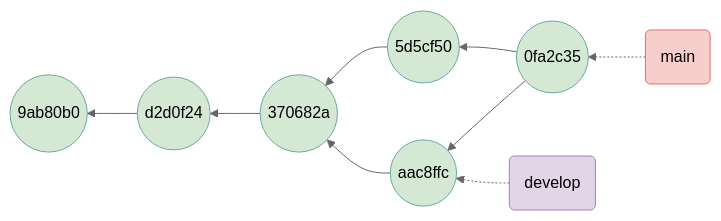
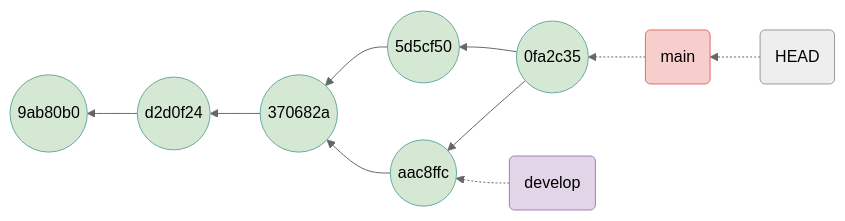
One commit to iobis/sg-12-training changed the eighth of 9 diagrams in git.md. Above: the diagram before and after it, drawn with Mermaid (neutral theme). The commit also changed other lines of this file and 1 other file, not shown here.

````diff
--- a/git.md
+++ b/git.md
@@ -248,25 +321,26 @@
 ```mermaid
 flowchart RL
     1((9ab80b0))
     2((d2d0f24))
     3((370682a))
     4((aac8ffc))
     5((5d5cf50))
     6((0fa2c35))
     2 --> 1
     3 --> 2
     4 --> 3
     5 --> 3
     6 --> 5
     6 --> 4
     main(main) -.-> 6
     develop(develop) -.-> 4
+    head(HEAD) -.-> main
     style 1 fill:#D5E8D4,stroke:#67AB9F,stroke-width:1px
     style 2 fill:#D5E8D4,stroke:#67AB9F,stroke-width:1px
     style 3 fill:#D5E8D4,stroke:#67AB9F,stroke-width:1px
     style 4 fill:#D5E8D4,stroke:#67AB9F,stroke-width:1px
     style 5 fill:#D5E8D4,stroke:#67AB9F,stroke-width:1px
     style 6 fill:#D5E8D4,stroke:#67AB9F,stroke-width:1px
     style main fill:#F8CECC,stroke:#EA6B66,stroke-width:1px
     style develop fill:#E1D5E7,stroke:#A680B8,stroke-width:1px
 ```
````
